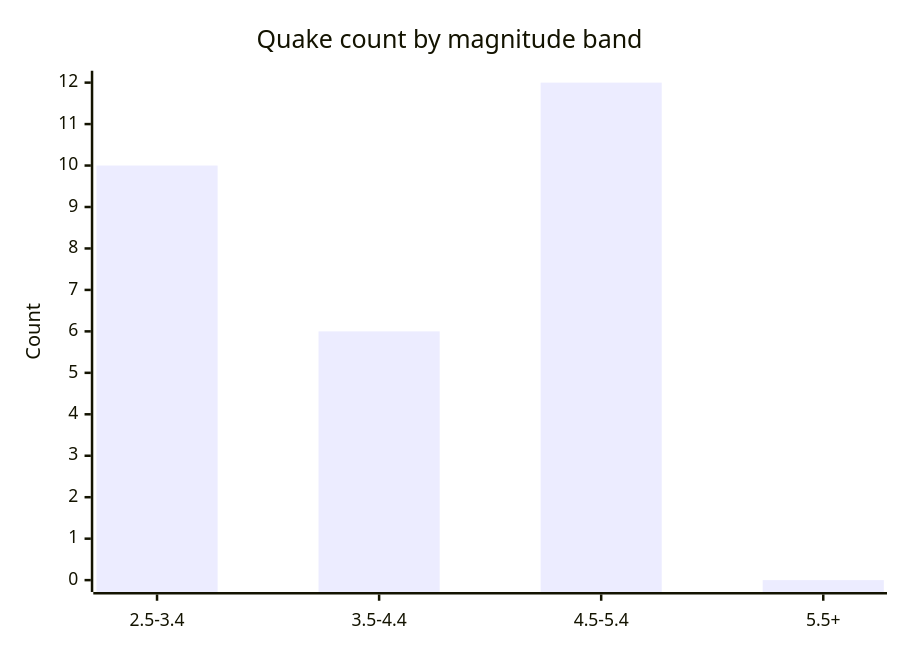
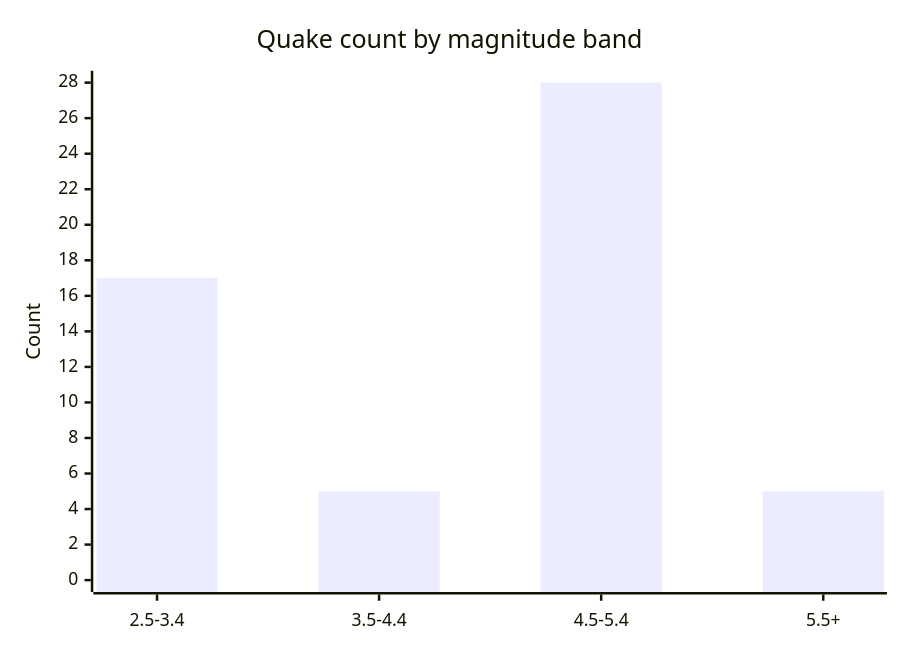
Before and after one commit to Midwest-Stratospheric/aerostratospheric-defense-gir: the fifth of 6 diagrams in docs/GRAPHS.md, drawn with Mermaid. The commit also changed other lines of this file and 23 other files, not shown here.

````diff
--- a/docs/GRAPHS.md
+++ b/docs/GRAPHS.md
@@ -82,7 +82,7 @@
 ```mermaid
 xychart-beta
   title "Quake count by magnitude band"
   x-axis ["2.5-3.4", "3.5-4.4", "4.5-5.4", "5.5+"]
-  y-axis "Count" 0 --> 12
-  bar [10, 6, 12, 0]
+  y-axis "Count" 0 --> 28
+  bar [17, 5, 28, 5]
 ```
````
